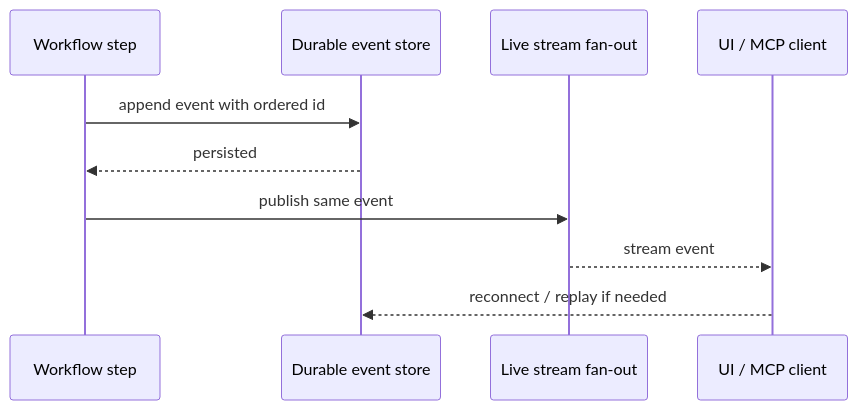
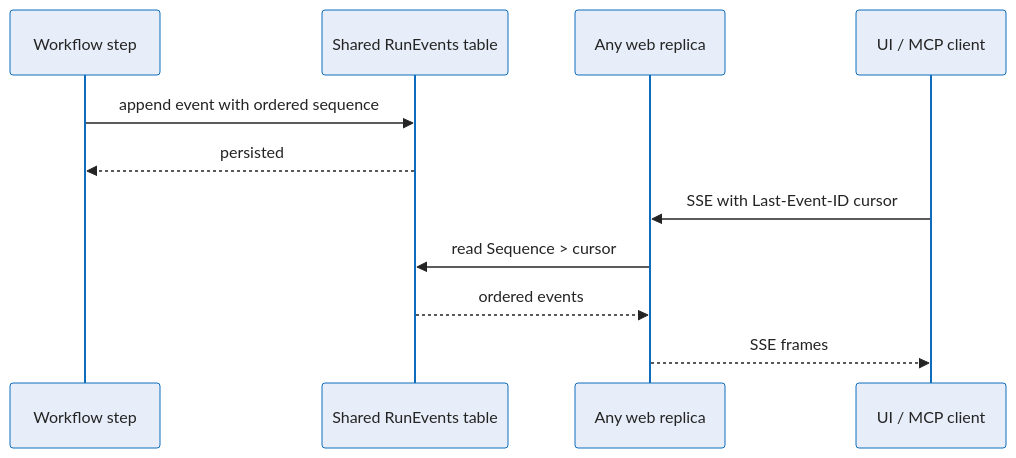
One commit to sabbour/agentweaver changed the second of 8 diagrams in docs/deep-dive/00-system-overview.md. Above: the diagram before and after it, drawn with Mermaid. The commit also changed other lines of this file and 19 other files, not shown here.

````diff
--- a/docs/deep-dive/00-system-overview.md
+++ b/docs/deep-dive/00-system-overview.md
@@ -73,13 +73,15 @@
 ```mermaid
+%%{init: {'theme':'base','themeVariables':{'fontFamily':'Segoe UI, system-ui, -apple-system, sans-serif','fontSize':'15px','primaryColor':'#E8EEF9','primaryBorderColor':'#0F6CBD','primaryTextColor':'#242424','lineColor':'#605E5C','clusterBkg':'#FAF9F8','clusterBorder':'#D2D0CE','edgeLabelBackground':'#FFFFFF'}}}%%
 sequenceDiagram
     participant Step as Workflow step
-    participant Store as Durable event store
-    participant Live as Live stream fan-out
+    participant Store as Shared RunEvents table
+    participant Web as Any web replica
     participant UI as UI / MCP client
 
-    Step->>Store: append event with ordered id
+    Step->>Store: append event with ordered sequence
     Store-->>Step: persisted
-    Step->>Live: publish same event
-    Live-->>UI: stream event
-    UI-->>Store: reconnect / replay if needed
+    UI->>Web: SSE with Last-Event-ID cursor
+    Web->>Store: read Sequence > cursor
+    Store-->>Web: ordered events
+    Web-->>UI: SSE frames
 ```
````
